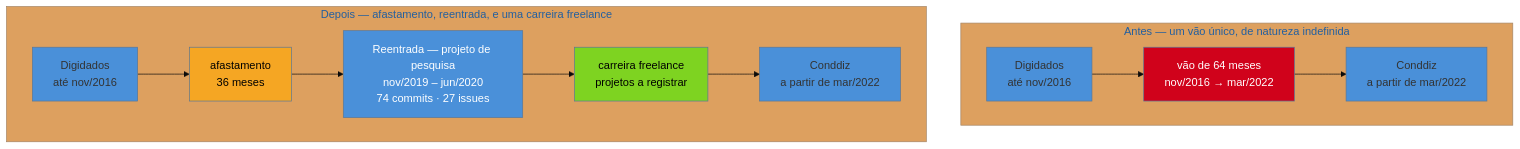
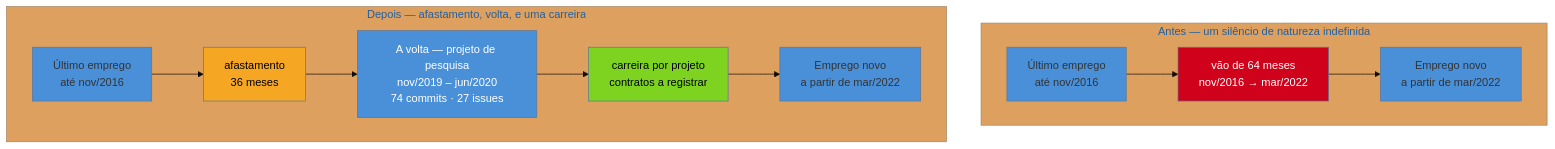
The diagram in 03-Dominios/Carreira/Currículo/16a - Lacuna longa e reentrada.md (josenaldo/codex-technomanticus), drawn with Mermaid before and after one commit. The commit also changed other lines of this file, not shown here.

````diff
--- a/03-Dominios/Carreira/Currículo/16a - Lacuna longa e reentrada.md
+++ b/03-Dominios/Carreira/Currículo/16a - Lacuna longa e reentrada.md
@@ -60,20 +84,20 @@
 ```mermaid
 %%{init: {"theme": "base", "themeVariables": {"primaryColor": "#4A90D9"}}}%%
 graph TD
-    subgraph ANTES["Antes — um vão único, de natureza indefinida"]
-        A1["Digidados<br/>até nov/2016"] --> A2["vão de 64 meses<br/>nov/2016 → mar/2022"]
-        A2 --> A3["Conddiz<br/>a partir de mar/2022"]
+    subgraph ANTES["Antes — um silêncio de natureza indefinida"]
+        A1["Último emprego<br/>até nov/2016"] --> A2["vão de 64 meses<br/>nov/2016 → mar/2022"]
+        A2 --> A3["Emprego novo<br/>a partir de mar/2022"]
     end
 
-    subgraph DEPOIS["Depois — afastamento, reentrada, e uma carreira freelance"]
-        B1["Digidados<br/>até nov/2016"] --> B2["afastamento<br/>36 meses"]
-        B2 --> B3["Reentrada — projeto de pesquisa<br/>nov/2019 – jun/2020<br/>74 commits · 27 issues"]
-        B3 --> B4["carreira freelance<br/>projetos a registrar"]
-        B4 --> B5["Conddiz<br/>a partir de mar/2022"]
+    subgraph DEPOIS["Depois — afastamento, volta, e uma carreira"]
+        B1["Último emprego<br/>até nov/2016"] --> B2["afastamento<br/>36 meses"]
+        B2 --> B3["A volta — projeto de pesquisa<br/>nov/2019 – jun/2020<br/>74 commits · 27 issues"]
+        B3 --> B4["carreira por projeto<br/>contratos a registrar"]
+        B4 --> B5["Emprego novo<br/>a partir de mar/2022"]
     end
 
     style A2 fill:#D0021B,color:#fff
     style B2 fill:#F5A623,color:#000
     style B4 fill:#7ED321,color:#000
     style B3 fill:#4A90D9,color:#fff
 ```
````
